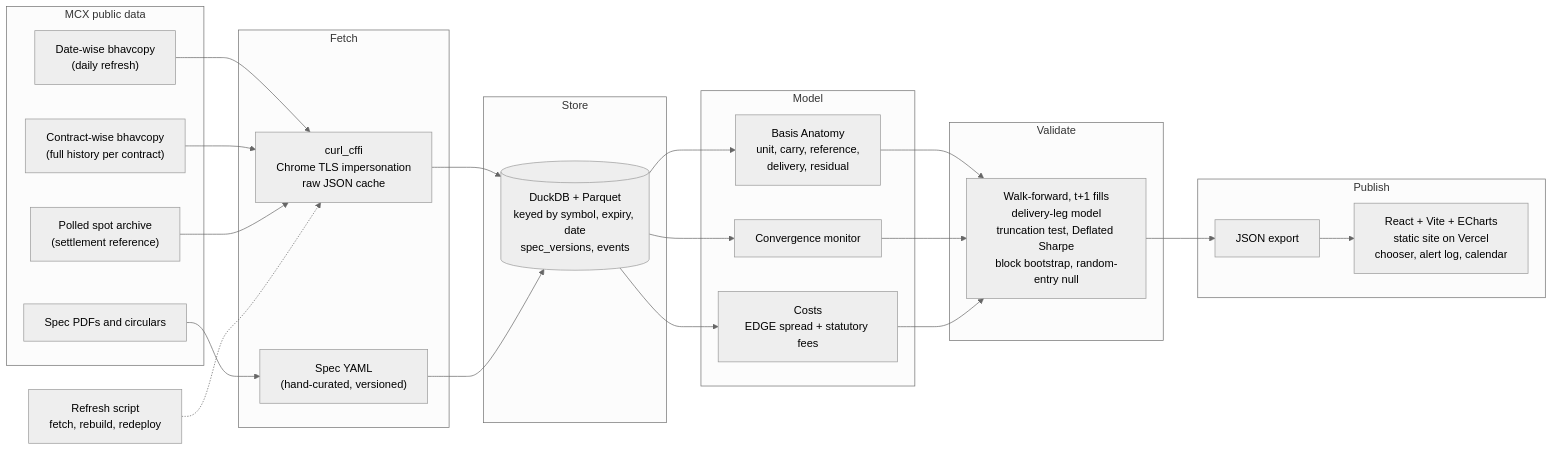
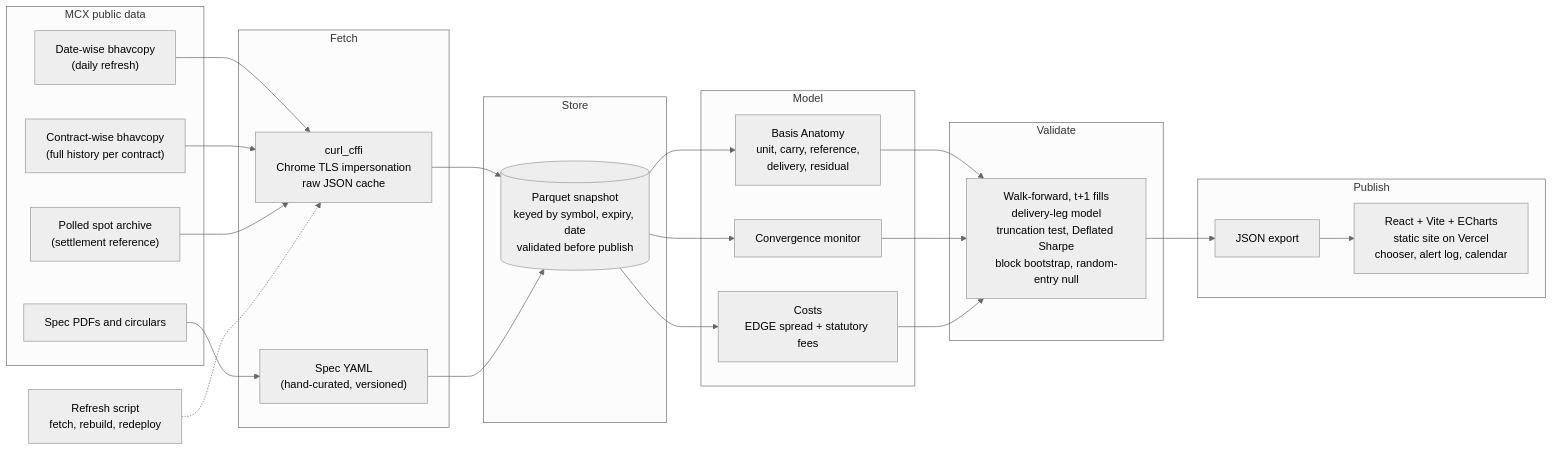
One commit to Mrigank005/Tola changed the diagram in README.md. Above: the diagram before and after it, drawn with Mermaid (neutral theme). The commit also changed other lines of this file and 20 other files, not shown here.

````diff
--- a/README.md
+++ b/README.md
@@ -90,49 +96,49 @@
 ```mermaid
 flowchart LR
     subgraph SRC["MCX public data"]
         A1["Date-wise bhavcopy<br/>(daily refresh)"]
         A2["Contract-wise bhavcopy<br/>(full history per contract)"]
         A3["Polled spot archive<br/>(settlement reference)"]
         A4["Spec PDFs and circulars"]
     end
 
     subgraph FETCH["Fetch"]
         B["curl_cffi<br/>Chrome TLS impersonation<br/>raw JSON cache"]
         B2["Spec YAML<br/>(hand-curated, versioned)"]
     end
 
     subgraph STORE["Store"]
-        C[("DuckDB + Parquet<br/>keyed by symbol, expiry, date<br/>spec_versions, events")]
+        C[("Parquet snapshot<br/>keyed by symbol, expiry, date<br/>validated before publish")]
     end
 
     subgraph MODEL["Model"]
         D1["Basis Anatomy<br/>unit, carry, reference,<br/>delivery, residual"]
         D2["Convergence monitor"]
         D3["Costs<br/>EDGE spread + statutory fees"]
     end
 
     subgraph VALIDATE["Validate"]
         E["Walk-forward, t+1 fills<br/>delivery-leg model<br/>truncation test, Deflated Sharpe<br/>block bootstrap, random-entry null"]
     end
 
     subgraph PUBLISH["Publish"]
         F["JSON export"]
         G["React + Vite + ECharts<br/>static site on Vercel<br/>chooser, alert log, calendar"]
     end
 
     A1 --> B
     A2 --> B
     A3 --> B
     A4 --> B2
     B --> C
     B2 --> C
     C --> D1
     C --> D2
     C --> D3
     D1 --> E
     D2 --> E
     D3 --> E
     E --> F --> G
 
     R["Refresh script<br/>fetch, rebuild, redeploy"] -.-> B
 ```
````
